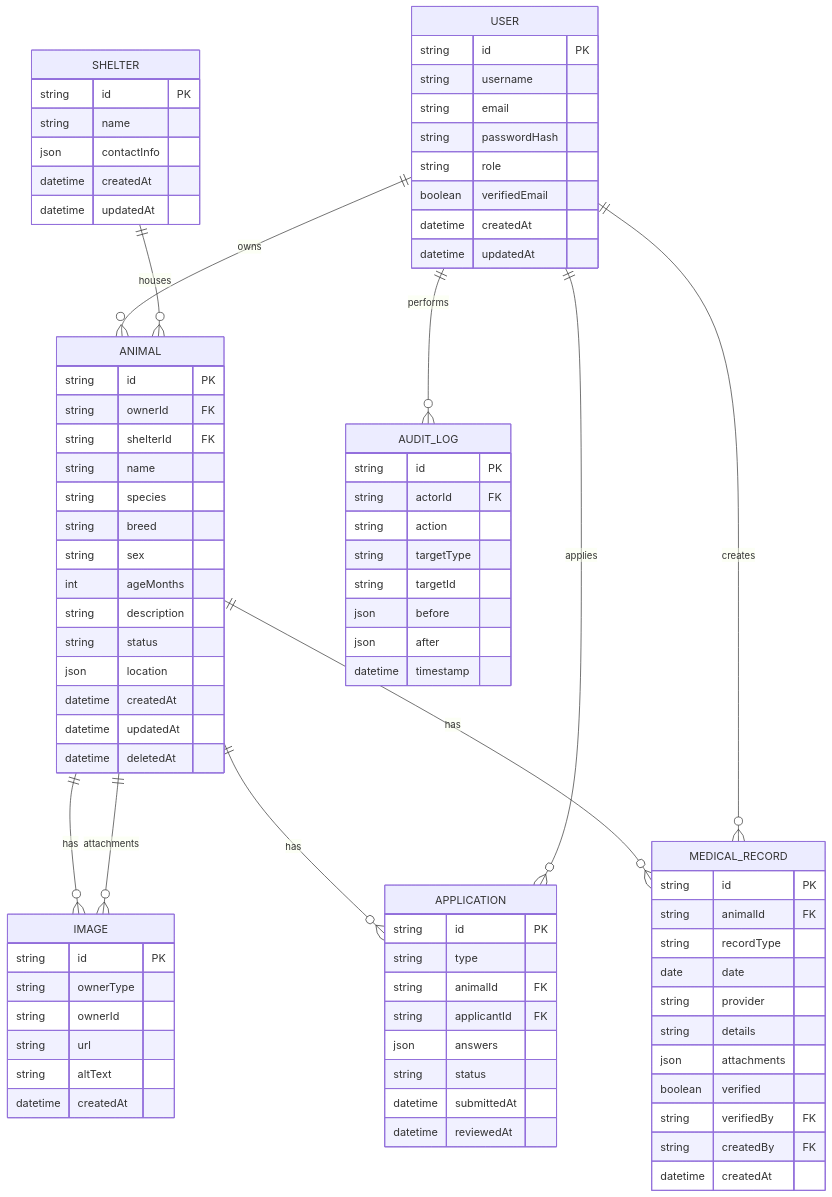
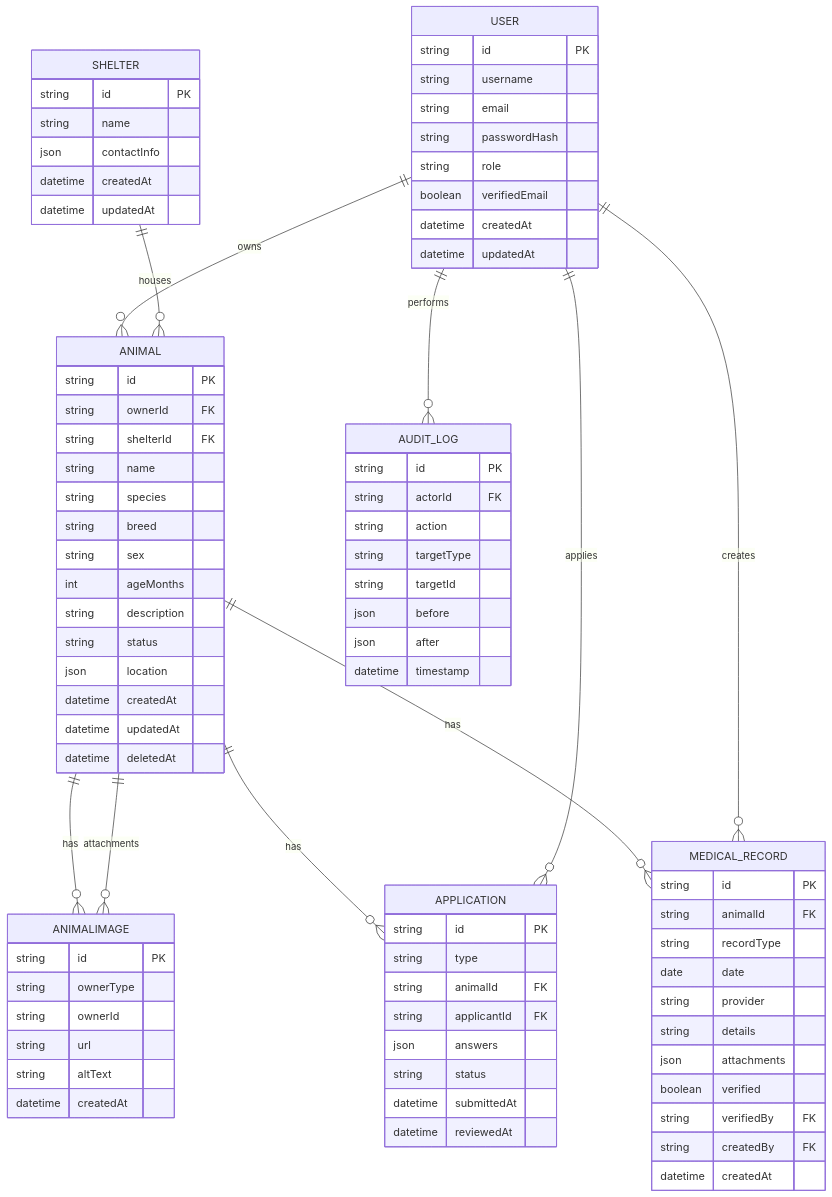
The diagram in specs/002-title-description-project/assets/erd.mmd (yeepop/SoftwareEngineeringProject), drawn with Mermaid before and after one commit. The commit also changed 15 other files, not shown here.

```diff
--- a/specs/002-title-description-project/assets/erd.mmd
+++ b/specs/002-title-description-project/assets/erd.mmd
@@ -1,91 +1,92 @@
+%% ERD generated/normalized to match schema.prisma - ANIMALIMAGE used for image attachments
 erDiagram
     USER {
         string id PK
         string username
         string email
         string passwordHash
         string role
         boolean verifiedEmail
         datetime createdAt
         datetime updatedAt
     }
 
     SHELTER {
         string id PK
         string name
         json contactInfo
         datetime createdAt
         datetime updatedAt
     }
 
     ANIMAL {
         string id PK
         string ownerId FK
         string shelterId FK
         string name
         string species
         string breed
         string sex
         int ageMonths
         string description
         string status
         json location
         datetime createdAt
         datetime updatedAt
         datetime deletedAt
     }
 
-    IMAGE {
+    ANIMALIMAGE {
         string id PK
         string ownerType
         string ownerId
         string url
         string altText
         datetime createdAt
     }
 
     APPLICATION {
         string id PK
         string type
         string animalId FK
         string applicantId FK
         json answers
         string status
         datetime submittedAt
         datetime reviewedAt
     }
 
     MEDICAL_RECORD {
         string id PK
         string animalId FK
         string recordType
         date date
         string provider
         string details
         json attachments
         boolean verified
         string verifiedBy FK
         string createdBy FK
         datetime createdAt
     }
 
     AUDIT_LOG {
         string id PK
         string actorId FK
         string action
         string targetType
         string targetId
         json before
         json after
         datetime timestamp
     }
 
     USER ||--o{ ANIMAL : owns
     SHELTER ||--o{ ANIMAL : houses
-    ANIMAL ||--o{ IMAGE : has
+    ANIMAL ||--o{ ANIMALIMAGE : has
     ANIMAL ||--o{ APPLICATION : has
     USER ||--o{ APPLICATION : applies
     ANIMAL ||--o{ MEDICAL_RECORD : has
     USER ||--o{ MEDICAL_RECORD : creates
     USER ||--o{ AUDIT_LOG : performs
-    ANIMAL ||--o{ IMAGE : "attachments"
+    ANIMAL ||--o{ ANIMALIMAGE : "attachments"
```
